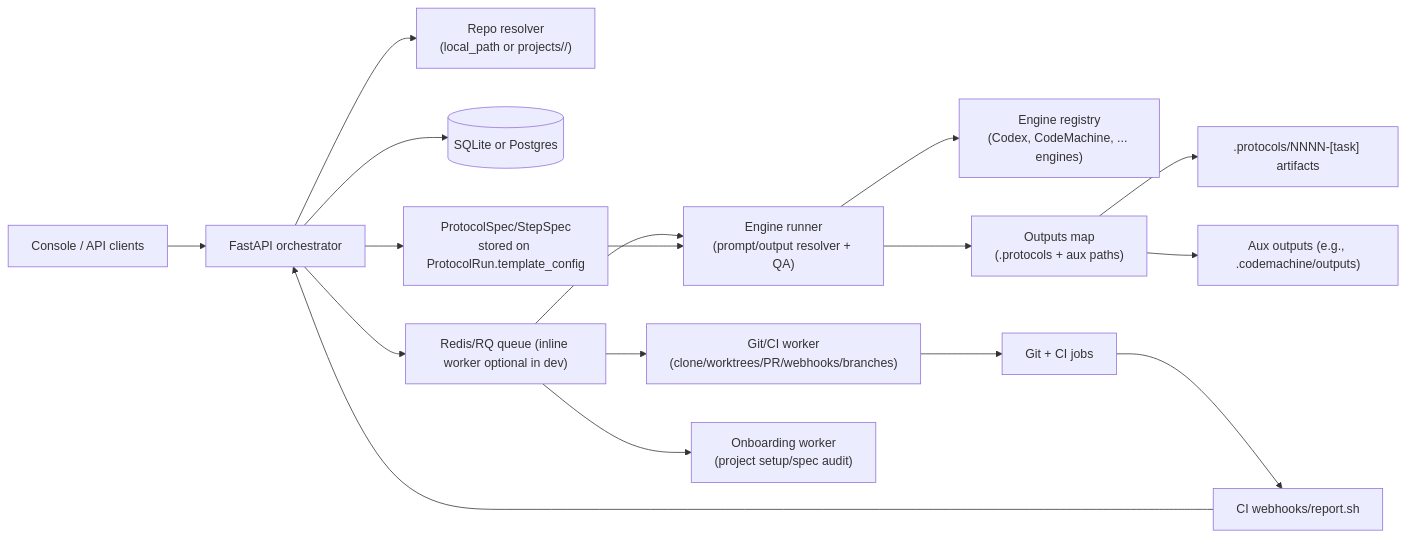
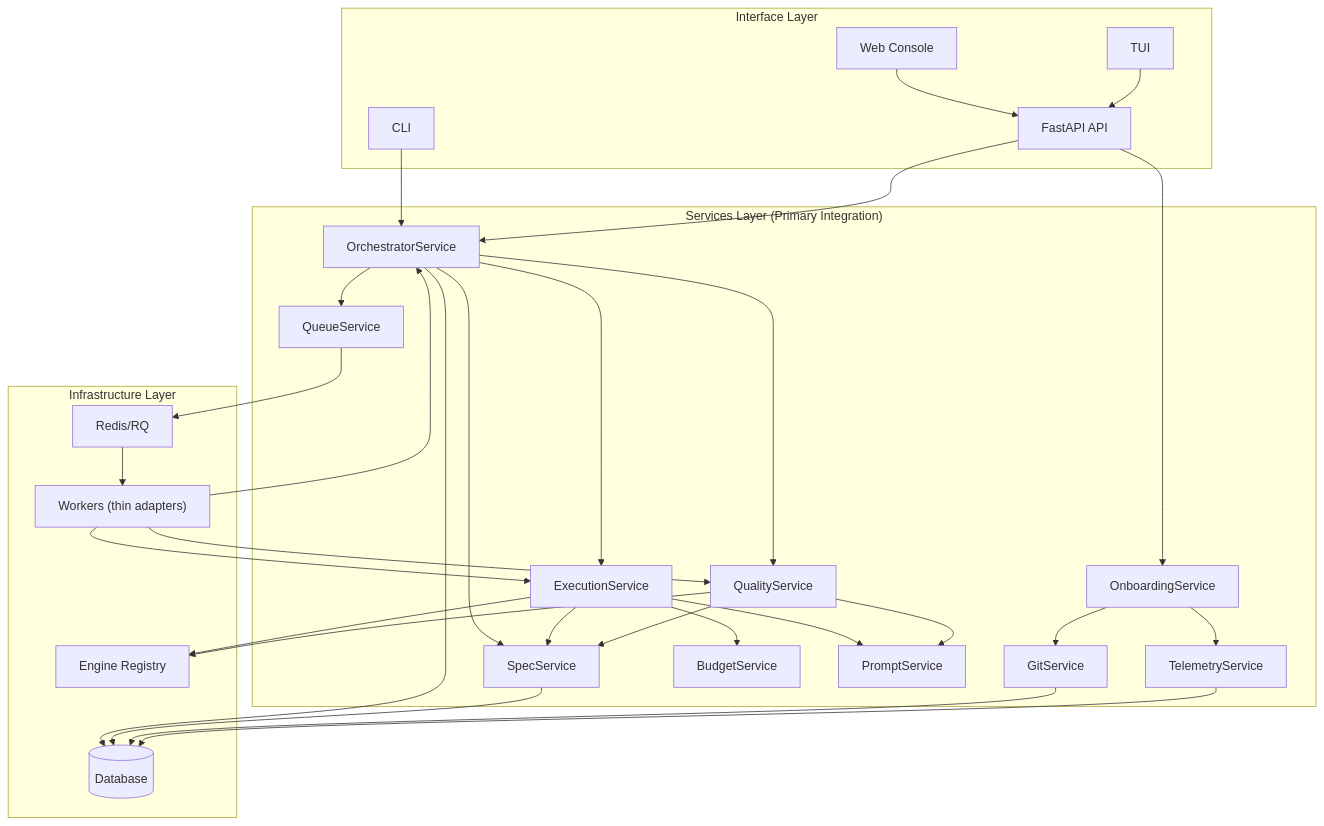
Before and after one commit to SergeySdv/dev-pipeline: the first of 4 diagrams in docs/architecture.md, drawn with Mermaid. The commit also changed other lines of this file and 22 other files, not shown here.

First line of the commit message:
Add comprehensive property-based tests for services architecture completion

````diff
--- a/docs/architecture.md
+++ b/docs/architecture.md
@@ -40,19 +72,63 @@
 ```mermaid
-graph LR
-  User["Console / API clients"] --> API["FastAPI orchestrator"]
-  API --> Repo["Repo resolver\n(local_path or projects/<project_id>/<repo>)"]
-  API --> DB[(SQLite or Postgres)]
-  API --> Queue["Redis/RQ queue (inline worker optional in dev)"]
-  API --> Spec["ProtocolSpec/StepSpec\nstored on ProtocolRun.template_config"]
-  Queue --> Runner["Engine runner\n(prompt/output resolver + QA)"]
-  Runner --> Registry["Engine registry\n(Codex, CodeMachine, ... engines)"]
-  Runner --> Outputs["Outputs map\n(.protocols + aux paths)"]
-  Outputs --> Protocols[".protocols/NNNN-[task] artifacts"]
-  Outputs --> Aux["Aux outputs (e.g., .codemachine/outputs)"]
-  Queue --> GitW["Git/CI worker\n(clone/worktrees/PR/webhooks/branches)"]
-  Queue --> OnboardW["Onboarding worker\n(project setup/spec audit)"]
-  GitW --> Git["Git + CI jobs"]
-  Git --> Webhooks["CI webhooks/report.sh"]
-  Webhooks --> API
-  Spec --> Runner
+graph TB
+  subgraph "Interface Layer"
+    Console["Web Console"]
+    API["FastAPI API"]
+    CLI["CLI"]
+    TUI["TUI"]
+  end
+  
+  subgraph "Services Layer (Primary Integration)"
+    Orchestrator["OrchestratorService"]
+    Execution["ExecutionService"]
+    Quality["QualityService"]
+    Spec["SpecService"]
+    Onboarding["OnboardingService"]
+    Git["GitService"]
+    Budget["BudgetService"]
+    Prompts["PromptService"]
+    Queue["QueueService"]
+    Telemetry["TelemetryService"]
+  end
+  
+  subgraph "Infrastructure Layer"
+    DB[(Database)]
+    Redis["Redis/RQ"]
+    Workers["Workers (thin adapters)"]
+    Engines["Engine Registry"]
+  end
+  
+  Console --> API
+  CLI --> Orchestrator
+  TUI --> API
+  API --> Orchestrator
+  API --> Onboarding
+  
+  Orchestrator --> Execution
+  Orchestrator --> Quality
+  Orchestrator --> Spec
+  Orchestrator --> Queue
+  
+  Execution --> Spec
+  Execution --> Prompts
+  Execution --> Budget
+  Execution --> Engines
+  
+  Quality --> Spec
+  Quality --> Prompts
+  Quality --> Engines
+  
+  Onboarding --> Git
+  Onboarding --> Telemetry
+  
+  Queue --> Redis
+  Redis --> Workers
+  Workers --> Orchestrator
+  Workers --> Execution
+  Workers --> Quality
+  
+  Orchestrator --> DB
+  Spec --> DB
+  Git --> DB
+  Telemetry --> DB
 ```
````
